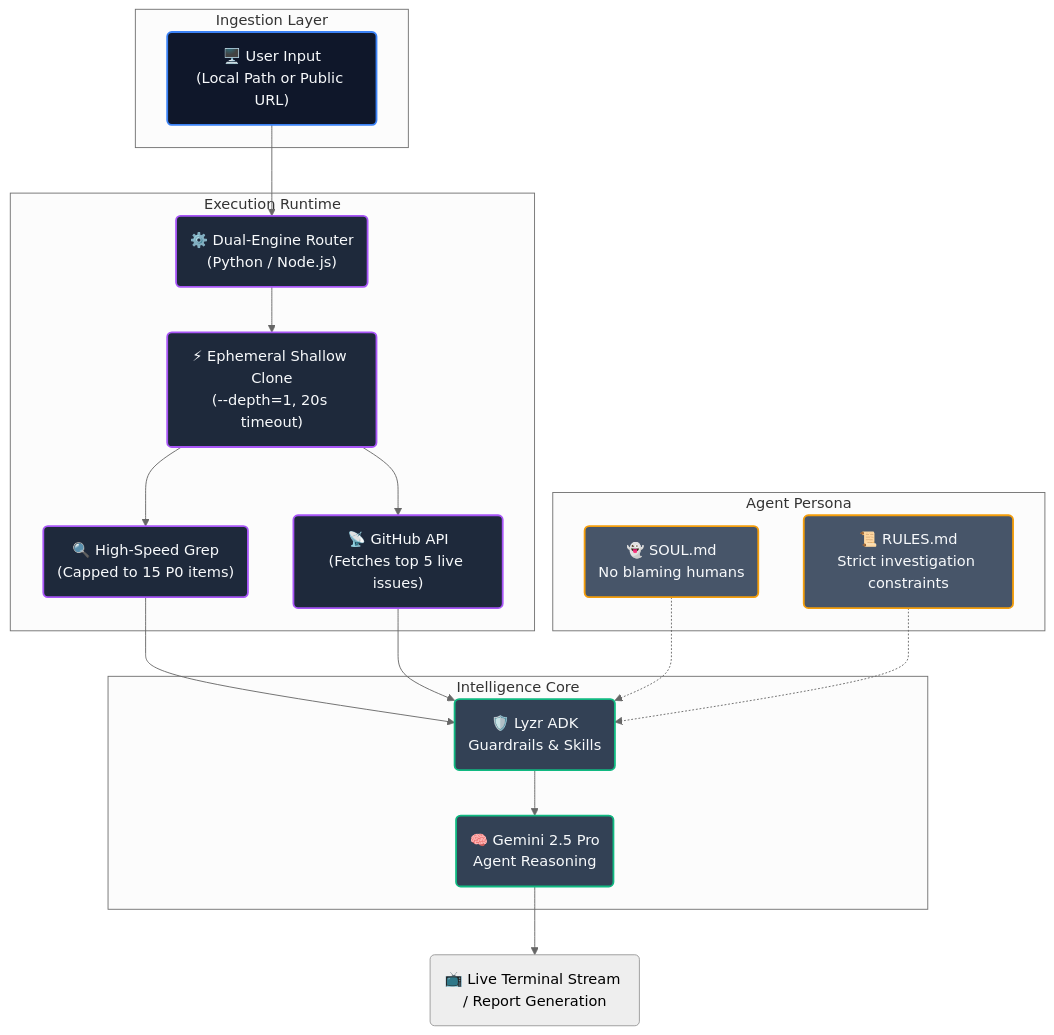
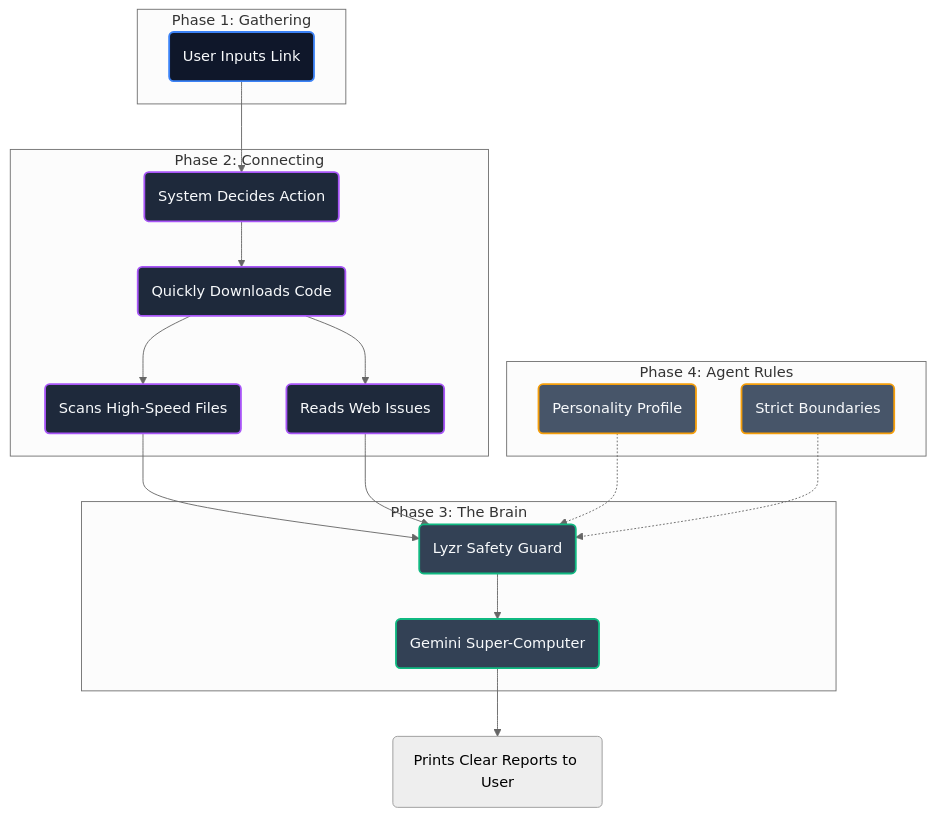
Before and after one commit to VJsharan/causal-loop-agent: the diagram in README.md, drawn with Mermaid (neutral theme). The commit also changed other lines of this file, not shown here.

````diff
--- a/README.md
+++ b/README.md
@@ -231,44 +205,44 @@
 ```mermaid
 graph TD
-    subgraph "Ingestion Layer"
-        CLI("🖥️ User Input\n(Local Path or Public URL)")
+    subgraph "Phase 1: Gathering"
+        CLI("User Inputs Link")
     end
 
-    subgraph "Execution Runtime"
-        ROUTER("⚙️ Dual-Engine Router\n(Python / Node.js)")
-        CLONE("⚡ Ephemeral Shallow Clone\n(--depth=1, 20s timeout)")
-        GREP("🔍 High-Speed Grep\n(Capped to 15 P0 items)")
-        API("📡 GitHub API\n(Fetches top 5 live issues)")
+    subgraph "Phase 2: Connecting"
+        ROUTER("System Decides Action")
+        CLONE("Quickly Downloads Code")
+        GREP("Scans High-Speed Files")
+        API("Reads Web Issues")
     end
 
-    subgraph "Intelligence Core"
-        LYZR("🛡️ Lyzr ADK\nGuardrails & Skills")
-        LLM("🧠 Gemini 2.5 Pro\nAgent Reasoning")
+    subgraph "Phase 3: The Brain"
+        LYZR("Lyzr Safety Guard")
+        LLM("Gemini Super-Computer")
     end
 
-    subgraph "Agent Persona"
-        SOUL("👻 SOUL.md\nNo blaming humans")
-        RULES("📜 RULES.md\nStrict investigation constraints")
+    subgraph "Phase 4: Agent Rules"
+        SOUL("Personality Profile")
+        RULES("Strict Boundaries")
     end
 
     CLI --> ROUTER
     ROUTER --> CLONE
     CLONE --> GREP
     CLONE --> API
     GREP --> LYZR
     API --> LYZR
     SOUL -.-> LYZR
     RULES -.-> LYZR
     LYZR --> LLM
-    LLM --> OUTPUT("📺 Live Terminal Stream / Report Generation")
+    LLM --> OUTPUT("Prints Clear Reports to User")
 
-    classDef cli fill:#0f172a,stroke:#3b82f6,stroke-width:2px,color:#f8fafc;
-    classDef runtime fill:#1e293b,stroke:#a855f7,stroke-width:2px,color:#f8fafc;
-    classDef logic fill:#334155,stroke:#10b981,stroke-width:2px,color:#f8fafc;
-    classDef rules fill:#475569,stroke:#f59e0b,stroke-width:2px,color:#f8fafc;
+    classDef basic fill:#0f172a,stroke:#3b82f6,stroke-width:2px,color:#f8fafc;
+    classDef advanced fill:#1e293b,stroke:#a855f7,stroke-width:2px,color:#f8fafc;
+    classDef intelligence fill:#334155,stroke:#10b981,stroke-width:2px,color:#f8fafc;
+    classDef guidelines fill:#475569,stroke:#f59e0b,stroke-width:2px,color:#f8fafc;
     
-    class CLI cli;
-    class ROUTER,CLONE,GREP,API runtime;
-    class LYZR,LLM logic;
-    class SOUL,RULES rules;
+    class CLI basic;
+    class ROUTER,CLONE,GREP,API advanced;
+    class LYZR,LLM intelligence;
+    class SOUL,RULES guidelines;
 ```
````
